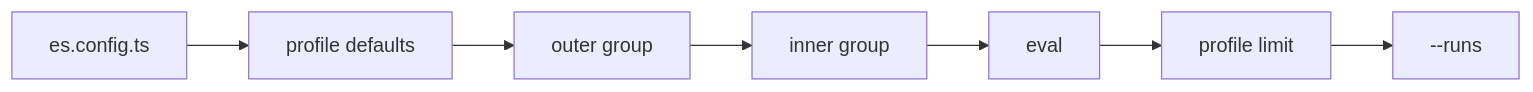
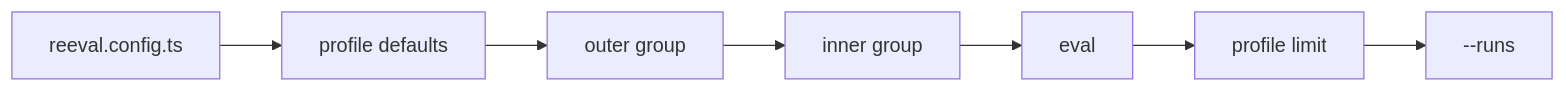
One commit to invertase/reeval changed the diagram in docs/concepts/options.mdx. Above: the diagram before and after it, drawn with Mermaid. The commit also changed other lines of this file and 803 other files, not shown here.

````diff
--- a/docs/concepts/options.mdx
+++ b/docs/concepts/options.mdx
@@ -8,9 +8,9 @@
 ```mermaid
 flowchart LR
-  C[es.config.ts] --> D[profile defaults]
+  C[reeval.config.ts] --> D[profile defaults]
   D --> G1[outer group]
   G1 --> G2[inner group]
   G2 --> E[eval]
   E --> L[profile limit]
   L --> R["--runs"]
 ```
````
